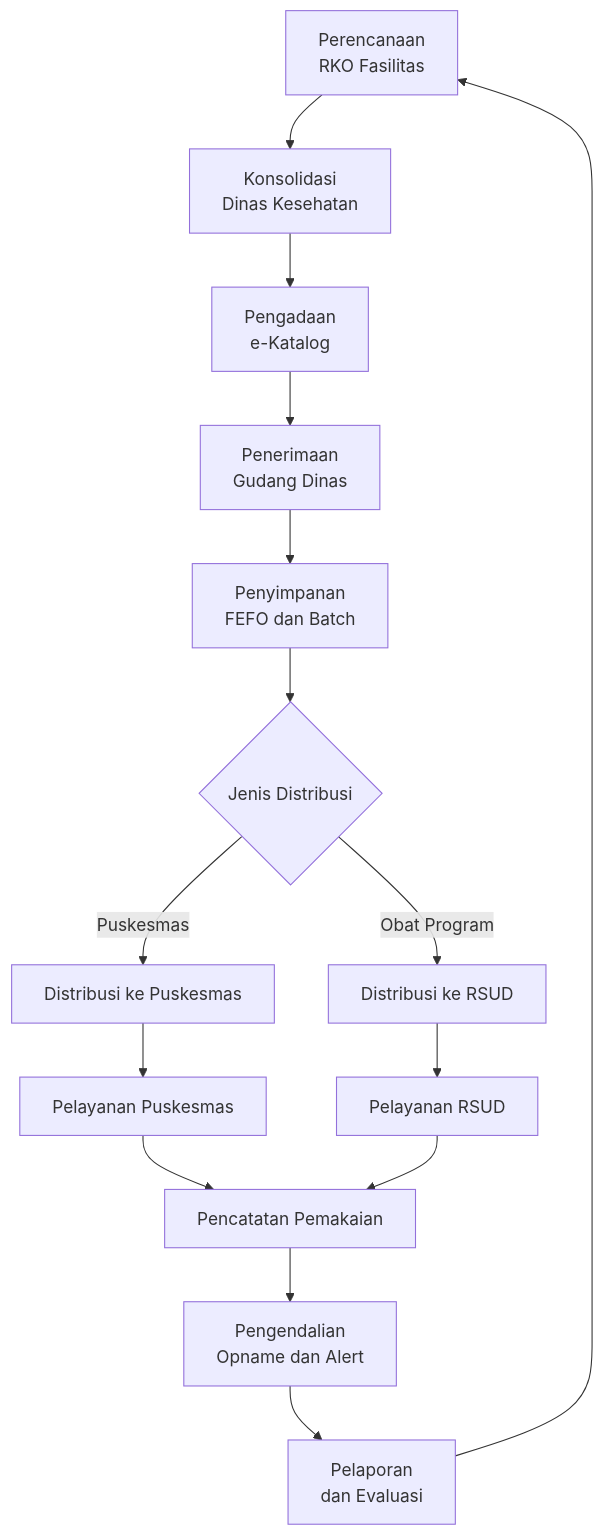
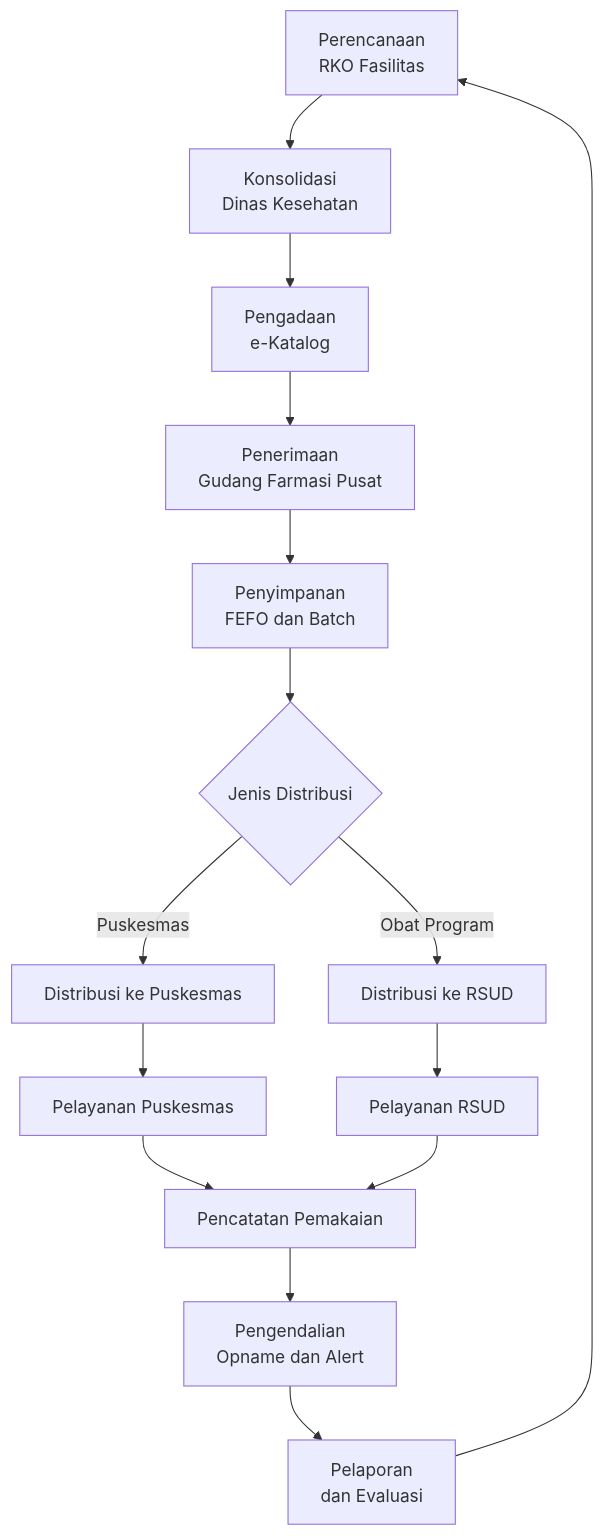
The third of 11 diagrams in docs/PRD.md (enginermagang-hue/dinkes), drawn with Mermaid before and after one commit. The commit also changed other lines of this file and 49 other files, not shown here.

````diff
--- a/docs/PRD.md
+++ b/docs/PRD.md
@@ -269,17 +276,17 @@
 ```mermaid
 flowchart TD
     A["Perencanaan<br/>RKO Fasilitas"] --> B["Konsolidasi<br/>Dinas Kesehatan"]
     B --> C["Pengadaan<br/>e-Katalog"]
-    C --> D["Penerimaan<br/>Gudang Dinas"]
+    C --> D["Penerimaan<br/>Gudang Farmasi Pusat"]
     D --> E["Penyimpanan<br/>FEFO dan Batch"]
     E --> F{"Jenis Distribusi"}
     F -->|"Puskesmas"| G["Distribusi ke Puskesmas"]
     F -->|"Obat Program"| H["Distribusi ke RSUD"]
     G --> I["Pelayanan Puskesmas"]
     H --> J["Pelayanan RSUD"]
     I --> K["Pencatatan Pemakaian"]
     J --> K
     K --> L["Pengendalian<br/>Opname dan Alert"]
     L --> M["Pelaporan<br/>dan Evaluasi"]
     M --> A
 ```
````
